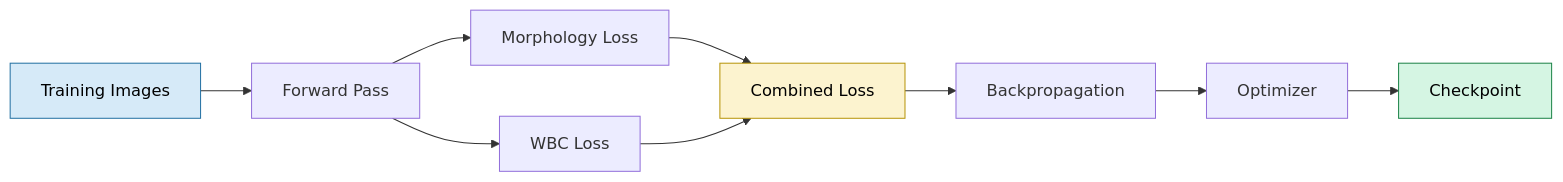
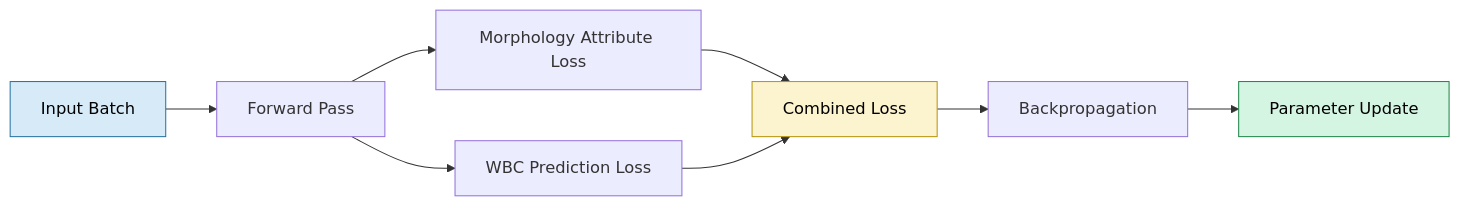
One commit to fassi182/WBC_Morphology_Analysis_with_a_MAL_ViT_Inspired_Architecture changed the fourth of 4 diagrams in README.md. Above: the diagram before and after it, drawn with Mermaid. The commit also changed other lines of this file, not shown here.

````diff
--- a/README.md
+++ b/README.md
@@ -257,32 +356,29 @@
 ```mermaid
 flowchart LR
 
-A["Training Images"]
+A["Input Batch"]
 
 B["Forward Pass"]
 
-C["Morphology Loss"]
+C["Morphology Attribute Loss"]
 
-D["WBC Loss"]
+D["WBC Prediction Loss"]
 
 E["Combined Loss"]
 
 F["Backpropagation"]
 
-G["Optimizer"]
-
-H["Checkpoint"]
+G["Parameter Update"]
 
 A --> B
 B --> C
 B --> D
 C --> E
 D --> E
 E --> F
 F --> G
-G --> H
 
 style A fill:#D6EAF8,stroke:#2471A3,color:#000
 style E fill:#FCF3CF,stroke:#B7950B,color:#000
-style H fill:#D5F5E3,stroke:#1E8449,color:#000
+style G fill:#D5F5E3,stroke:#1E8449,color:#000
 ```
````
